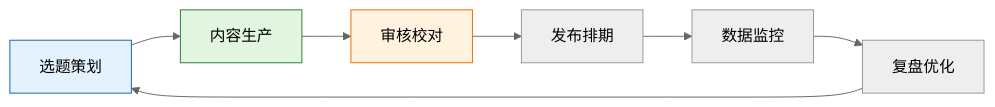
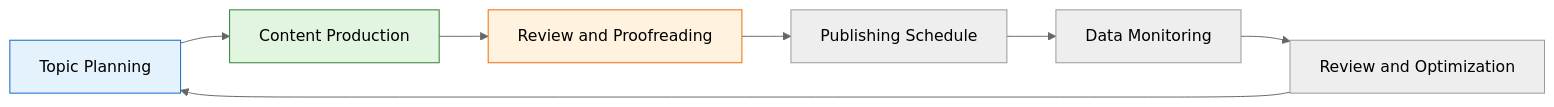
One commit to Kirky-X/cangjie changed the fifth of 9 diagrams in templates/产品/运营层/【模板】运营手册.md. Above: the diagram before and after it, drawn with Mermaid (neutral theme). The commit also changed other lines of this file and 60 other files, not shown here.

````diff
--- a/templates/产品/运营层/【模板】运营手册.md
+++ b/templates/产品/运营层/【模板】运营手册.md
@@ -227,13 +227,13 @@
 ```mermaid
 flowchart LR
-    A[选题策划] --> B[内容生产]
-    B --> C[审核校对]
-    C --> D[发布排期]
-    D --> E[数据监控]
-    E --> F[复盘优化]
+    A[Topic Planning] --> B[Content Production]
+    B --> C[Review and Proofreading]
+    C --> D[Publishing Schedule]
+    D --> E[Data Monitoring]
+    E --> F[Review and Optimization]
     F --> A
 
     style A fill:#e3f2fd,stroke:#1565c0
     style B fill:#e1f5e1,stroke:#2e7d32
     style C fill:#fff3e0,stroke:#ef6c00
 ```
````
